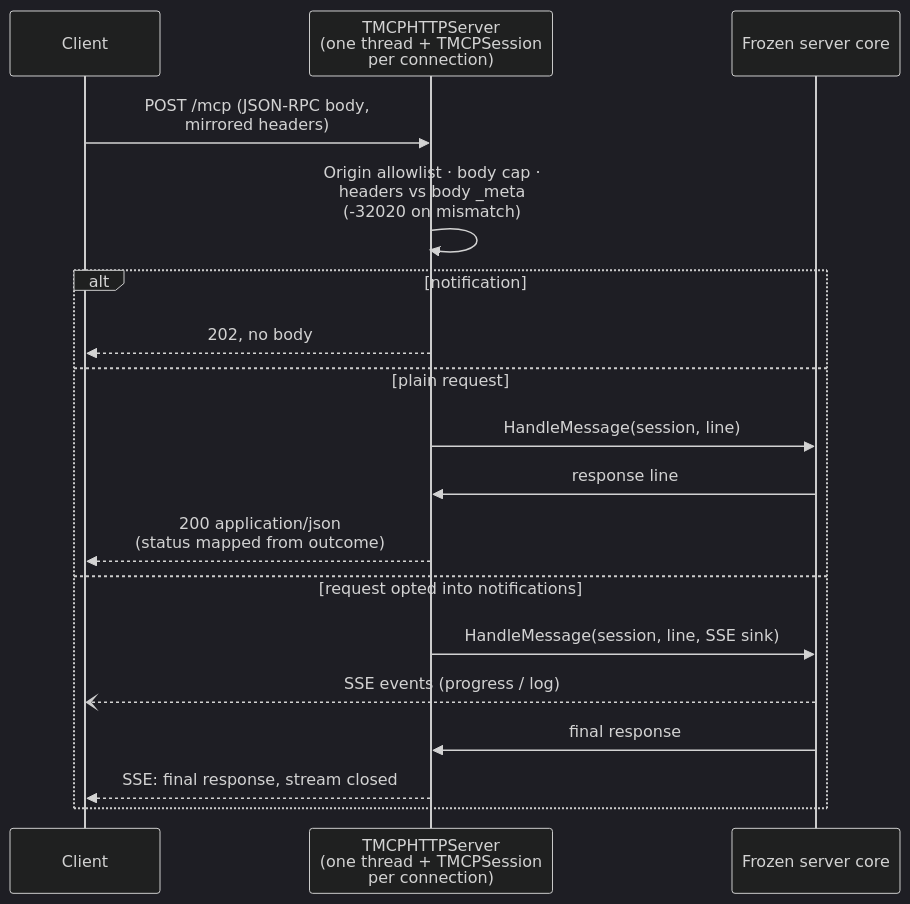
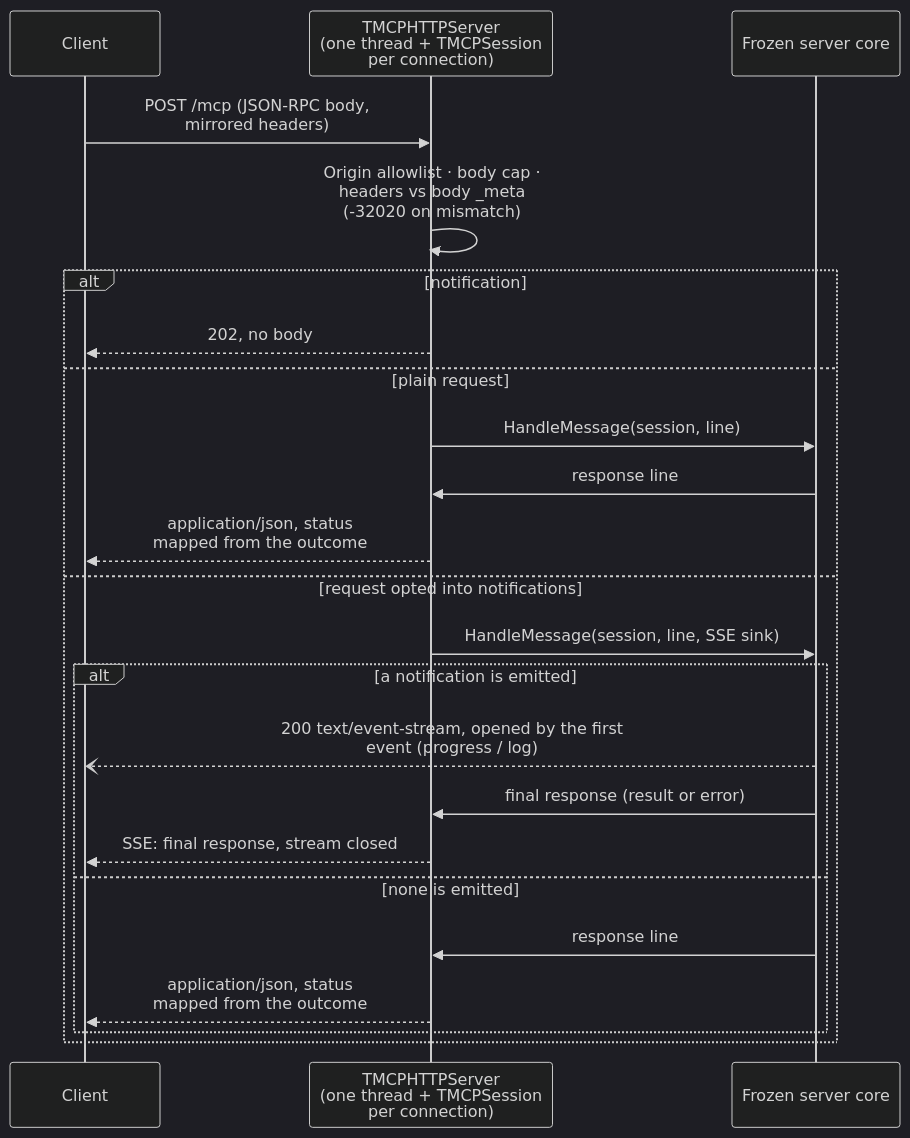
One commit to frostney/pascal-mcp-sdk changed the fifth of 5 diagrams in docs/internals/architecture.md. Above: the diagram before and after it, drawn with Mermaid (dark theme). The commit also changed other lines of this file and 44 other files, not shown here.

````diff
--- a/docs/internals/architecture.md
+++ b/docs/internals/architecture.md
@@ -294,20 +294,25 @@
 ```mermaid
 sequenceDiagram
     participant C as Client
     participant T as TMCPHTTPServer<br/>(one thread + TMCPSession<br/>per connection)
     participant Core as Frozen server core
     C->>T: POST /mcp (JSON-RPC body,<br/>mirrored headers)
     T->>T: Origin allowlist · body cap ·<br/>headers vs body _meta<br/>(-32020 on mismatch)
     alt notification
         T-->>C: 202, no body
     else plain request
         T->>Core: HandleMessage(session, line)
         Core->>T: response line
-        T-->>C: 200 application/json<br/>(status mapped from outcome)
+        T-->>C: application/json, status<br/>mapped from the outcome
     else request opted into notifications
         T->>Core: HandleMessage(session, line, SSE sink)
-        Core--)C: SSE events (progress / log)
-        Core->>T: final response
-        T-->>C: SSE: final response, stream closed
+        alt a notification is emitted
+            Core--)C: 200 text/event-stream, opened by the first<br/>event (progress / log)
+            Core->>T: final response (result or error)
+            T-->>C: SSE: final response, stream closed
+        else none is emitted
+            Core->>T: response line
+            T-->>C: application/json, status<br/>mapped from the outcome
+        end
     end
 ```
````
